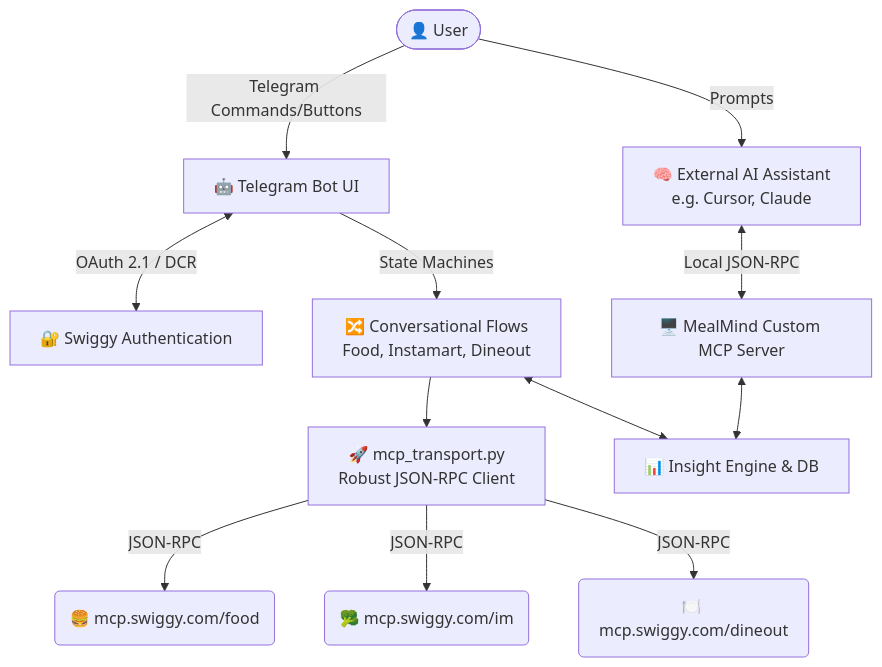
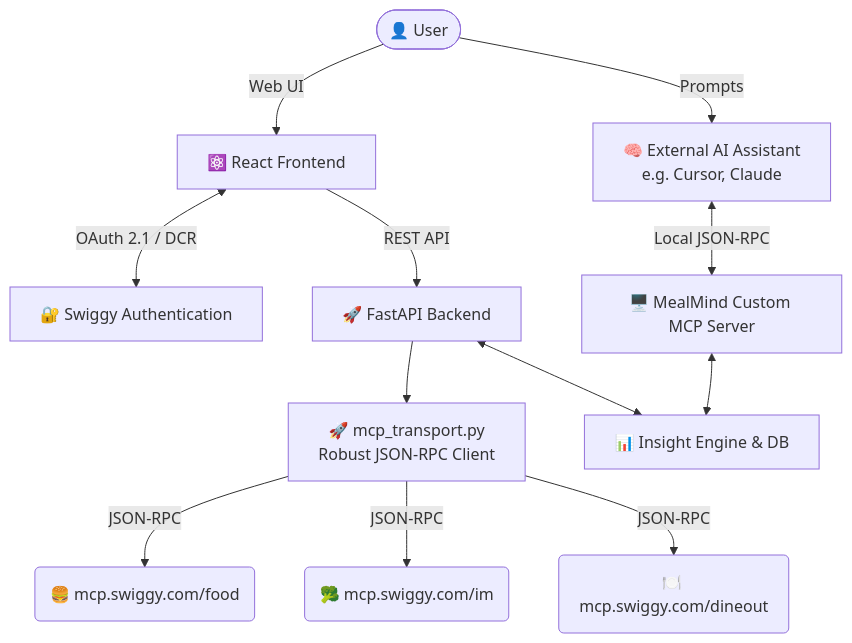
Before and after one commit to akshita2580/MealMind-Personal-Food-Intelligence-Agent: the diagram in README.md, drawn with Mermaid. The commit also changed other lines of this file and 61 other files, not shown here.

````diff
--- a/README.md
+++ b/README.md
@@ -39,18 +38,18 @@
 ```mermaid
 graph TD
-    User([👤 User]) -->|Telegram Commands/Buttons| TelegramBot[🤖 Telegram Bot UI]
+    User([👤 User]) -->|Web UI| ReactApp[⚛️ React Frontend]
     User -->|Prompts| ExtAI[🧠 External AI Assistant<br>e.g. Cursor, Claude]
     
-    TelegramBot <-->|OAuth 2.1 / DCR| SwiggyAuth[🔐 Swiggy Authentication]
-    TelegramBot -->|State Machines| UI_Flows[🔀 Conversational Flows<br>Food, Instamart, Dineout]
+    ReactApp <-->|OAuth 2.1 / DCR| SwiggyAuth[🔐 Swiggy Authentication]
+    ReactApp -->|REST API| FastAPI[🚀 FastAPI Backend]
     
-    UI_Flows --> MCP_Transport[🚀 mcp_transport.py<br>Robust JSON-RPC Client]
+    FastAPI --> MCP_Transport[🚀 mcp_transport.py<br>Robust JSON-RPC Client]
     
     MCP_Transport -->|JSON-RPC| SwiggyFood(🍔 mcp.swiggy.com/food)
     MCP_Transport -->|JSON-RPC| SwiggyIM(🥦 mcp.swiggy.com/im)
     MCP_Transport -->|JSON-RPC| SwiggyDineout(🍽️ mcp.swiggy.com/dineout)
     
     ExtAI <-->|Local JSON-RPC| CustomMCP[🖥️ MealMind Custom MCP Server]
     CustomMCP <--> InsightEngine[📊 Insight Engine & DB]
-    UI_Flows <--> InsightEngine
+    FastAPI <--> InsightEngine
 ```
````
